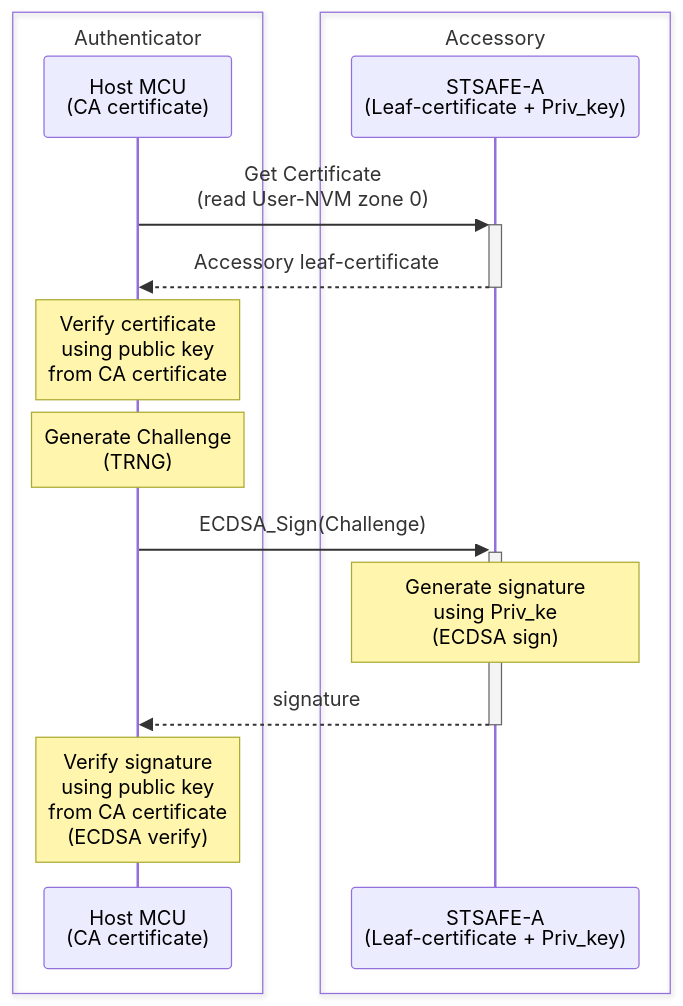
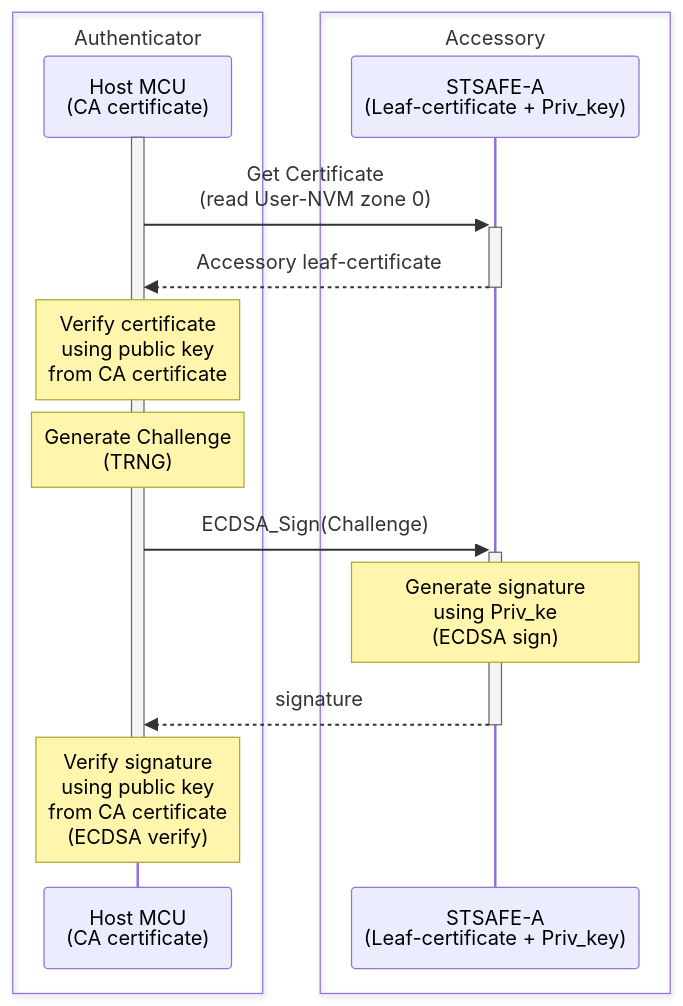
The first of 2 diagrams in README.md (STMicroelectronics/STSAFE-A_device_authentication), drawn with Mermaid before and after one commit. The commit also changed other lines of this file and 3 other files, not shown here.

Commit message:
[Doc] Documentation flowchart and pictures

````diff
--- a/README.md
+++ b/README.md
@@ -7,17 +7,19 @@
 ```mermaid
 sequenceDiagram
     box Authenticator
     participant AUTH as Host MCU <br> (CA certificate)
-    end 
+    end
     box Accessory
     participant STSE as STSAFE-A <br> (Leaf-certificate + Priv_key)
-    end 
+    end
+    activate AUTH
     AUTH ->>+ STSE : Get Certificate <br>(read User-NVM zone 0)
     STSE -->>- AUTH : Accessory leaf-certificate
     note over AUTH : Verify certificate <br> using public key <br>from CA certificate
     note over AUTH : Generate Challenge <br> (TRNG)
     AUTH ->>+ STSE : ECDSA_Sign(Challenge)
-    note over STSE : Generate signature <br> using Priv_ke <br> (ECDSA sign) 
-    STSE -->>- AUTH : signature 
+    note over STSE : Generate signature <br> using Priv_ke <br> (ECDSA sign)
+    STSE -->>- AUTH : signature
     Note over AUTH : Verify signature <br> using public key <br>from CA certificate <br> (ECDSA verify)
+    deactivate AUTH
 ```
````
